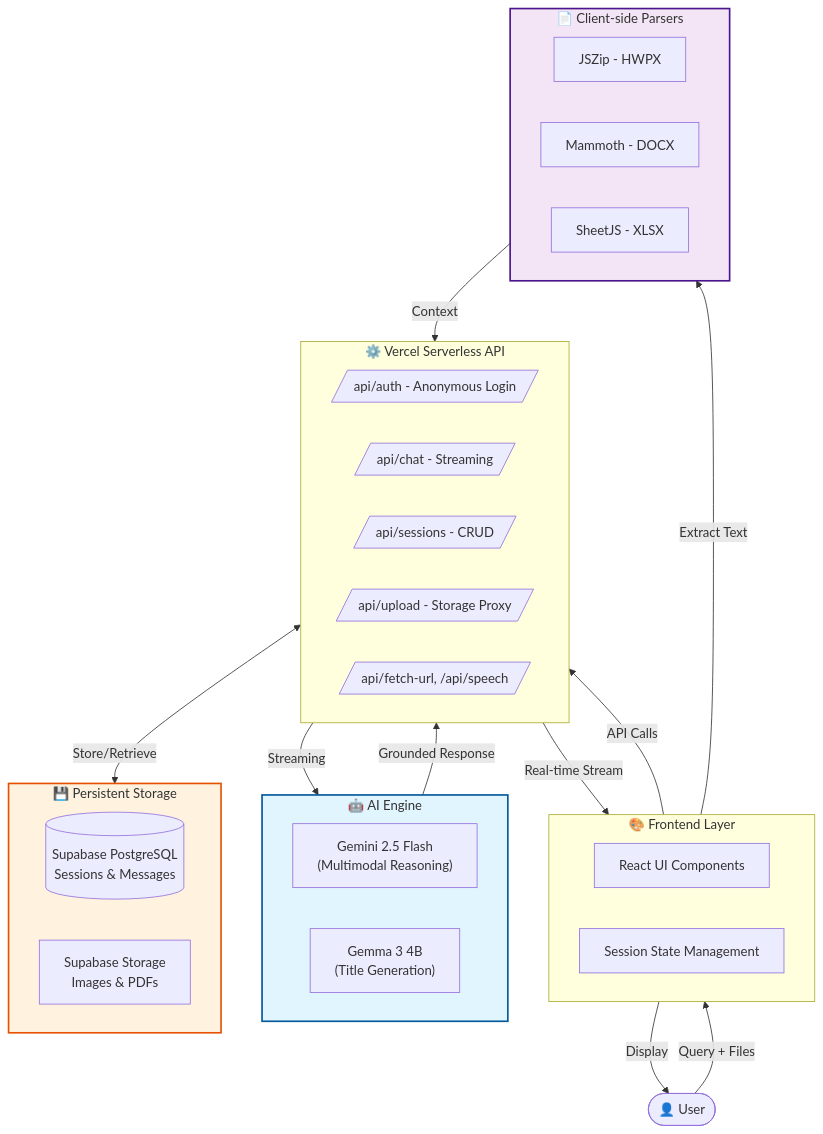
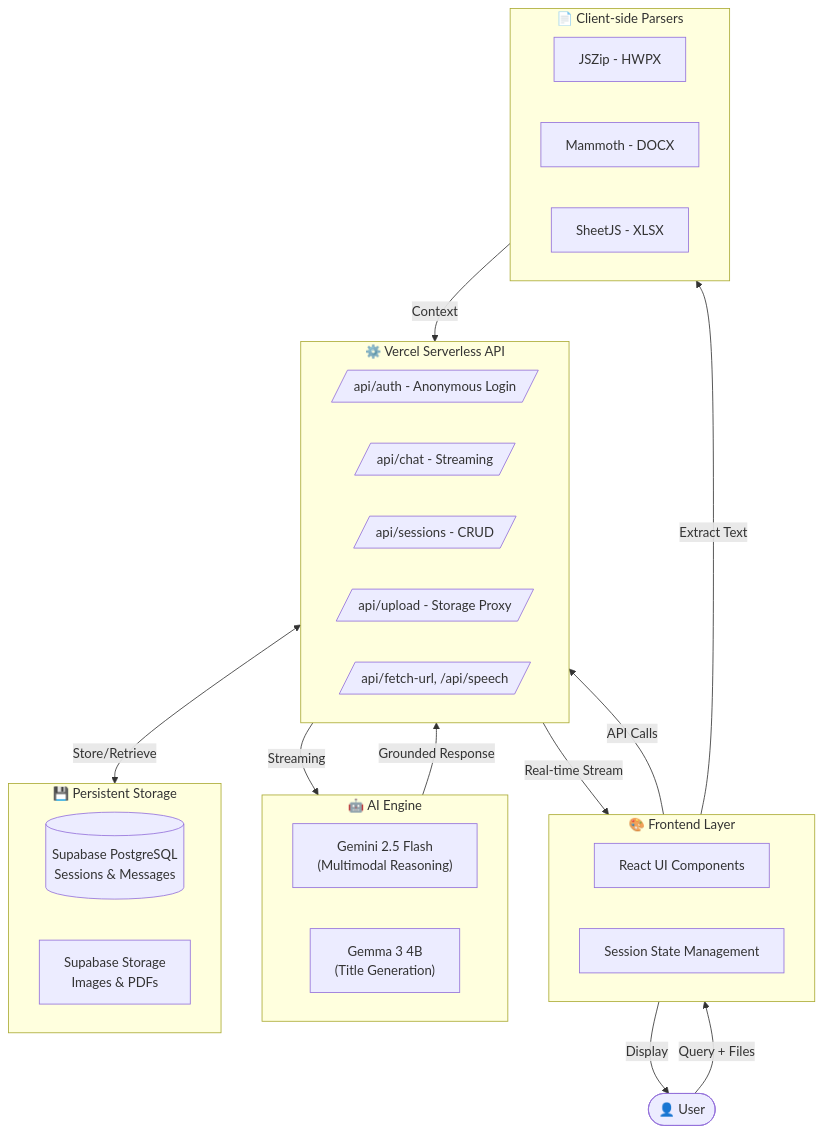
The diagram in README.md (jpjp92/chat-agent), drawn with Mermaid before and after one commit.

Commit message:
fix: 아키텍처 수정

````diff
--- a/README.md
+++ b/README.md
@@ -38,47 +38,43 @@
 ```mermaid
 flowchart TB
     User([👤 User])
     
     subgraph Frontend["🎨 Frontend Layer"]
         UI[React UI Components]
         State[Session State Management]
     end
     
     subgraph Backend["⚙️ Vercel Serverless API"]
         Auth[/api/auth - Anonymous Login/]
         Chat[/api/chat - Streaming/]
         Sessions[/api/sessions - CRUD/]
         Upload[/api/upload - Storage Proxy/]
         Tools[/api/fetch-url, /api/speech/]
     end
     
     subgraph AI["🤖 AI Engine"]
         Gemini["Gemini 2.5 Flash<br/>(Multimodal Reasoning)"]
         Gemma["Gemma 3 4B<br/>(Title Generation)"]
     end
     
     subgraph Storage["💾 Persistent Storage"]
         DB[(Supabase PostgreSQL<br/>Sessions & Messages)]
         Files[Supabase Storage<br/>Images & PDFs]
     end
     
     subgraph Parser["📄 Client-side Parsers"]
         HWPX[JSZip - HWPX]
         DOCX[Mammoth - DOCX]
         XLSX[SheetJS - XLSX]
     end
     
     User -->|Query + Files| Frontend
     Frontend -->|API Calls| Backend
     Backend -->|Streaming| AI
     Backend <-->|Store/Retrieve| Storage
     Frontend -->|Extract Text| Parser
     Parser -->|Context| Backend
     AI -->|Grounded Response| Backend
     Backend -->|Real-time Stream| Frontend
     Frontend -->|Display| User
-    
-    style AI fill:#e1f5ff,stroke:#01579b,stroke-width:2px
-    style Storage fill:#fff3e0,stroke:#e65100,stroke-width:2px
-    style Parser fill:#f3e5f5,stroke:#4a148c,stroke-width:2px
 ```
````
